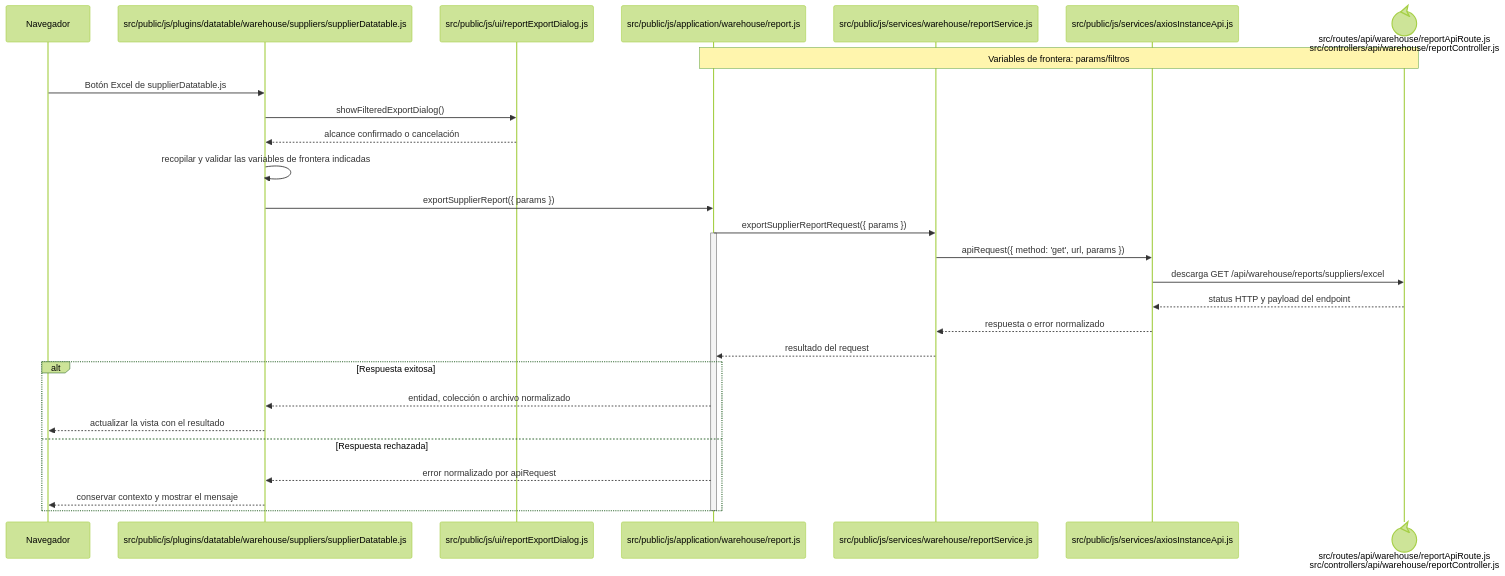
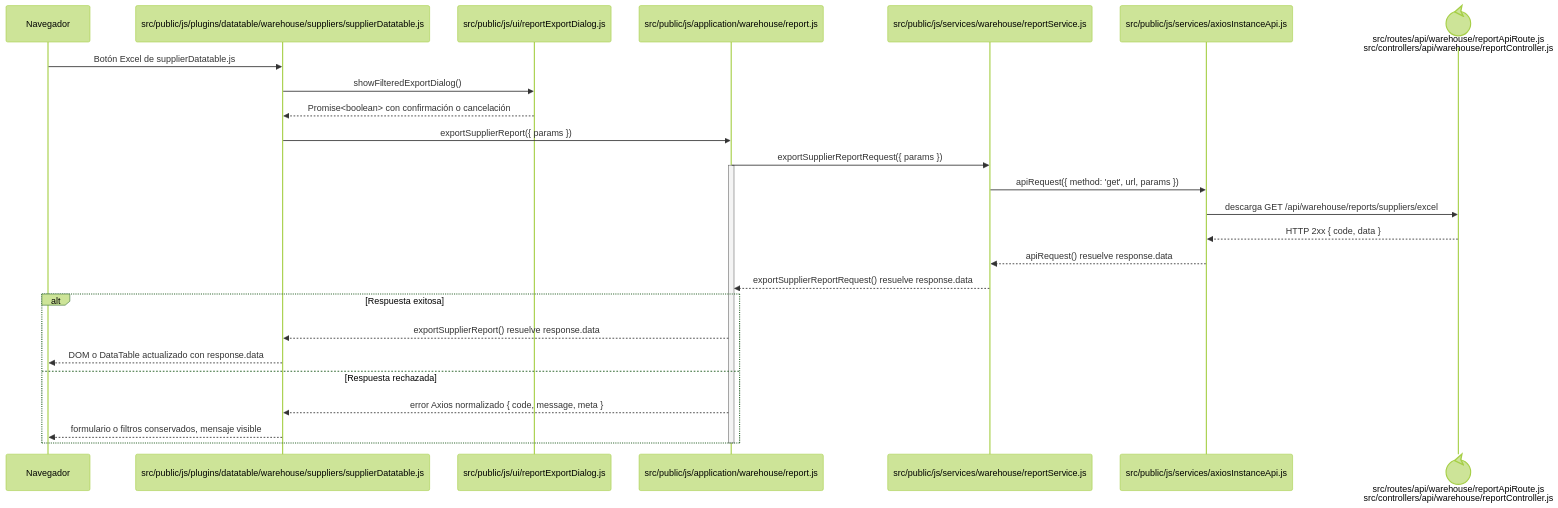
The diagram in docs/architecture/frontend-code-sequences/catalogs/cu-cat-04.md (gpgsistemas01/nexus), drawn with Mermaid (forest theme) before and after one commit. The commit also changed 148 other files, not shown here.

````diff
--- a/docs/architecture/frontend-code-sequences/catalogs/cu-cat-04.md
+++ b/docs/architecture/frontend-code-sequences/catalogs/cu-cat-04.md
@@ -6,32 +6,30 @@
 ```mermaid
 sequenceDiagram
     participant Browser as Navegador
     participant View as src/public/js/plugins/datatable/warehouse/suppliers/supplierDatatable.js
     participant Dialog as src/public/js/ui/reportExportDialog.js
     participant Application as src/public/js/application/warehouse/report.js
     participant Request as src/public/js/services/warehouse/reportService.js
     participant HTTP as src/public/js/services/axiosInstanceApi.js
     participant Transport@{ "type": "control" } as src/routes/api/warehouse/reportApiRoute.js<br/>src/controllers/api/warehouse/reportController.js
-    Note over Application,Transport: Variables de frontera: params/filtros
 
     Browser->>View: Botón Excel de supplierDatatable.js
     View->>Dialog: showFilteredExportDialog()
-    Dialog-->>View: alcance confirmado o cancelación
-    View->>View: recopilar y validar las variables de frontera indicadas
+    Dialog-->>View: Promise<boolean> con confirmación o cancelación
     View->>Application: exportSupplierReport({ params })
     Application->>Request: exportSupplierReportRequest({ params })
     activate Application
     Request->>HTTP: apiRequest({ method: 'get', url, params })
     HTTP->>Transport: descarga GET /api/warehouse/reports/suppliers/excel
-    Transport-->>HTTP: status HTTP y payload del endpoint
-    HTTP-->>Request: respuesta o error normalizado
-    Request-->>Application: resultado del request
+    Transport-->>HTTP: HTTP 2xx { code, data }
+    HTTP-->>Request: apiRequest() resuelve response.data
+    Request-->>Application: exportSupplierReportRequest() resuelve response.data
     alt Respuesta exitosa
-        Application-->>View: entidad, colección o archivo normalizado
-        View-->>Browser: actualizar la vista con el resultado
+        Application-->>View: exportSupplierReport() resuelve response.data
+        View-->>Browser: DOM o DataTable actualizado con response.data
     else Respuesta rechazada
-        Application-->>View: error normalizado por apiRequest
-        View-->>Browser: conservar contexto y mostrar el mensaje
+        Application-->>View: error Axios normalizado { code, message, meta }
+        View-->>Browser: formulario o filtros conservados, mensaje visible
     end
     deactivate Application
 ```
````
